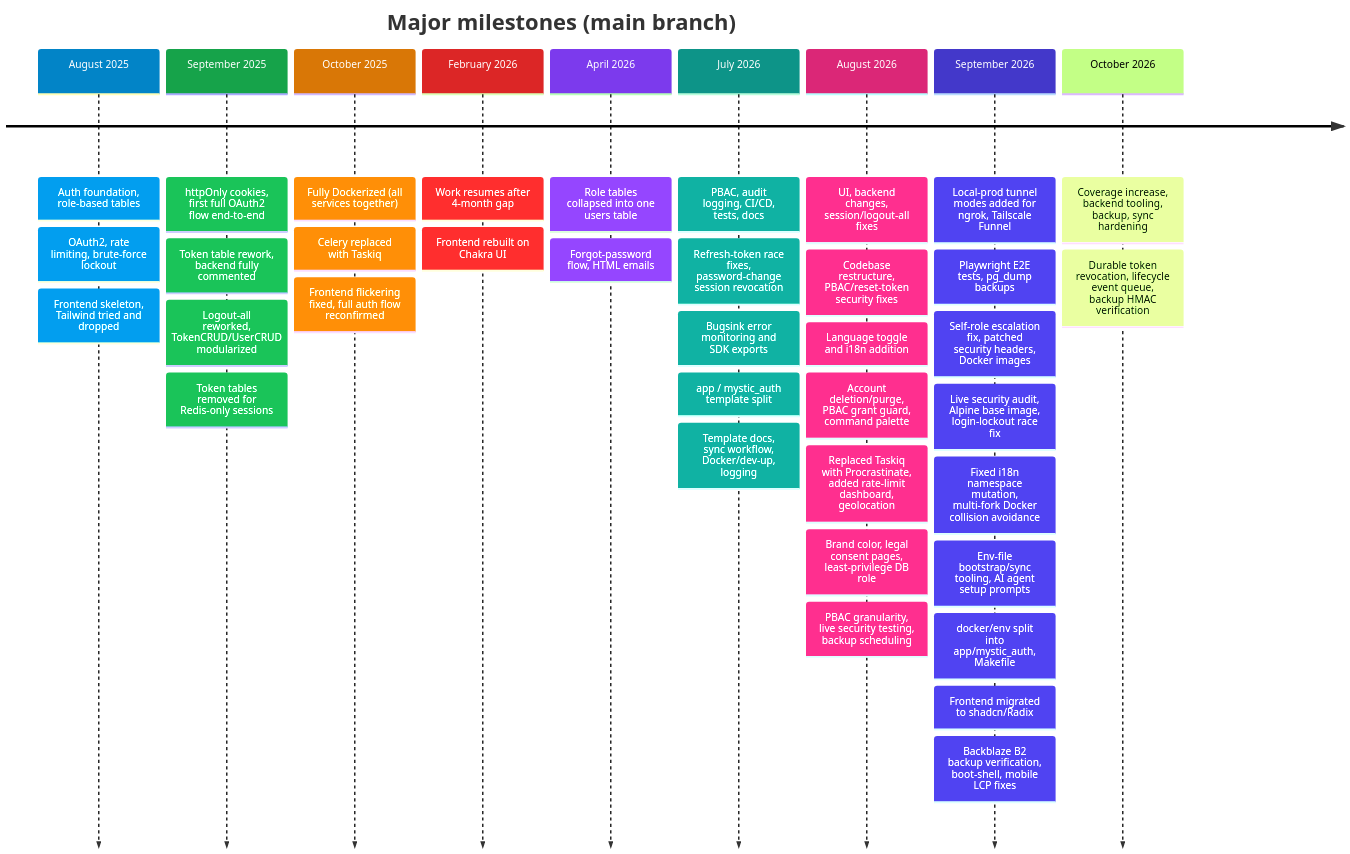
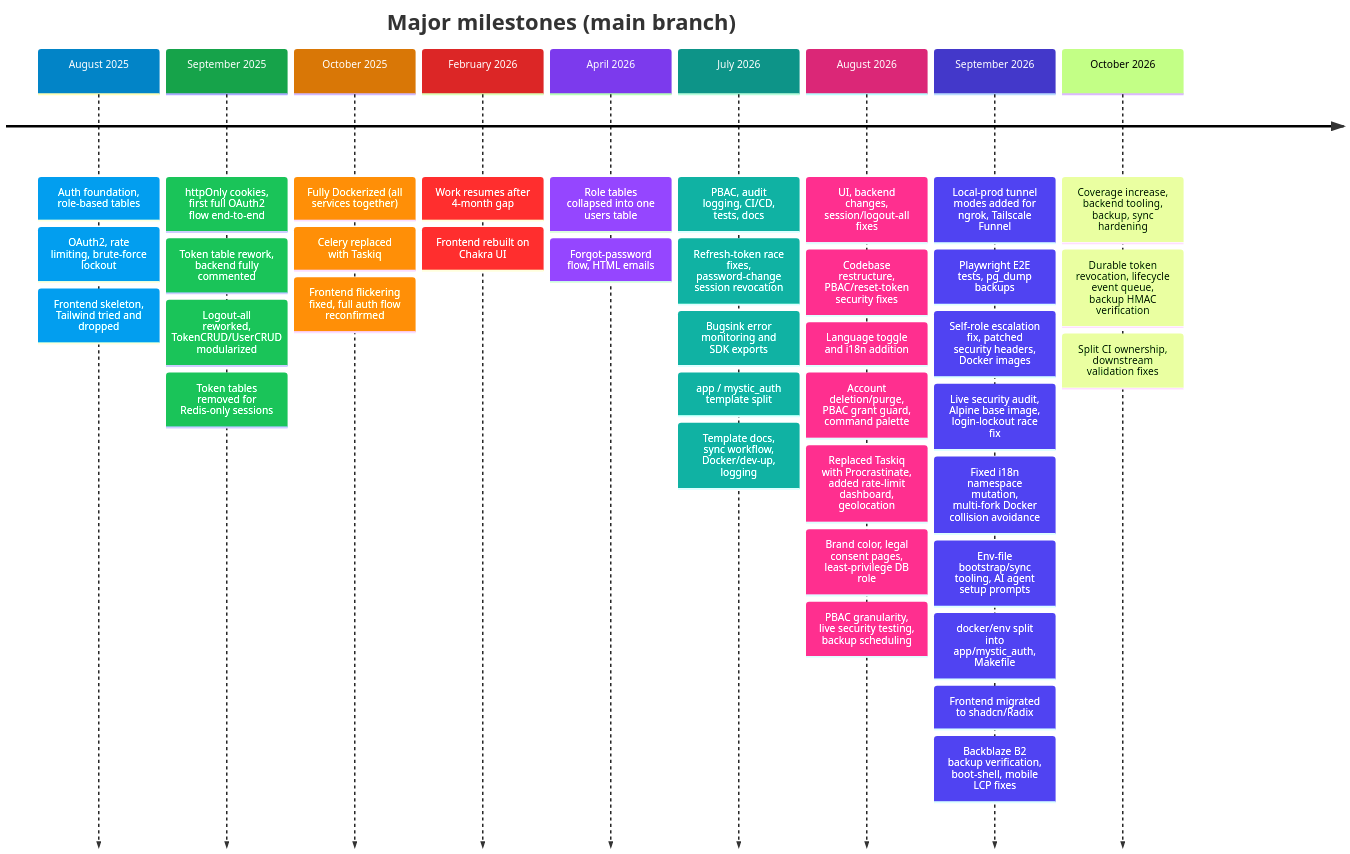
One commit to Nachiket-2024/mystic-auth changed the diagram in docs/mystic_auth/project-story/timeline/README.md. Above: the diagram before and after it, drawn with Mermaid. The commit also changed other lines of this file and 80 other files, not shown here.

Commit message:
Split CI ownership, resolved downstream MysticAuth validation failures

````diff
--- a/docs/mystic_auth/project-story/timeline/README.md
+++ b/docs/mystic_auth/project-story/timeline/README.md
@@ -34,42 +34,43 @@
 ```mermaid
 %%{init: {"themeVariables":{"fontSize":"16px","lineColor":"#334155","cScale0":"#0284c7","cScale1":"#16a34a","cScale2":"#d97706","cScale3":"#dc2626","cScale4":"#7c3aed","cScale5":"#0d9488","cScale6":"#db2777","cScale7":"#4338ca","cScaleLabel0":"#ffffff","cScaleLabel1":"#ffffff","cScaleLabel2":"#ffffff","cScaleLabel3":"#ffffff","cScaleLabel4":"#ffffff","cScaleLabel5":"#ffffff","cScaleLabel6":"#ffffff","cScaleLabel7":"#ffffff"}} }%%
 timeline
     title Major milestones (main branch)
     August 2025: Auth foundation, role-based tables
                 : OAuth2, rate limiting, brute-force lockout
                 : Frontend skeleton, Tailwind tried and dropped
     September 2025: httpOnly cookies, first full OAuth2 flow end-to-end
                    : Token table rework, backend fully commented
                    : Logout-all reworked, TokenCRUD/UserCRUD modularized
                    : Token tables removed for Redis-only sessions
     October 2025: Fully Dockerized (all services together)
                  : Celery replaced with Taskiq
                  : Frontend flickering fixed, full auth flow reconfirmed
     February 2026: Work resumes after 4-month gap
                   : Frontend rebuilt on Chakra UI
     April 2026: Role tables collapsed into one users table
                : Forgot-password flow, HTML emails
     July 2026: PBAC, audit logging, CI/CD, tests, docs
               : Refresh-token race fixes, password-change session revocation
               : Bugsink error monitoring and SDK exports
               : app / mystic_auth template split
               : Template docs, sync workflow, Docker/dev-up, logging
     August 2026: UI, backend changes, session/logout-all fixes
                 : Codebase restructure, PBAC/reset-token security fixes
                 : Language toggle and i18n addition
                 : Account deletion/purge, PBAC grant guard, command palette
                 : Replaced Taskiq with Procrastinate, added rate-limit dashboard, geolocation
                 : Brand color, legal consent pages, least-privilege DB role
                 : PBAC granularity, live security testing, backup scheduling
     September 2026: Local-prod tunnel modes added for ngrok, Tailscale Funnel
                    : Playwright E2E tests, pg_dump backups
                    : Self-role escalation fix, patched security headers, Docker images
                    : Live security audit, Alpine base image, login-lockout race fix
                    : Fixed i18n namespace mutation, multi-fork Docker collision avoidance
                    : Env-file bootstrap/sync tooling, AI agent setup prompts
                    : docker/env split into app/mystic_auth, Makefile
                    : Frontend migrated to shadcn/Radix
                    : Backblaze B2 backup verification, boot-shell, mobile LCP fixes
     October 2026: Coverage increase, backend tooling, backup, sync hardening
                   : Durable token revocation, lifecycle event queue, backup HMAC verification
+                  : Split CI ownership, downstream validation fixes
 ```
````
